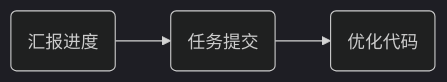
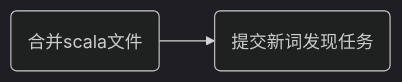
One commit to wlkla/onebuaaer.github.io changed the diagram in backup/百度实习第三十七天.md. Above: the diagram before and after it, drawn with Mermaid (dark theme). The commit also changed other lines of this file and 3 other files, not shown here.

````diff
--- a/backup/百度实习第三十七天.md
+++ b/backup/百度实习第三十七天.md
@@ -5,7 +5,6 @@
 ```mermaid
 graph LR
-    A(汇报进度)
-    B(任务提交)
-    C(优化代码)
-    A --> B --> C
+    A(合并scala文件)
+    B(提交新词发现任务)
+    A --> B
 ```
````
